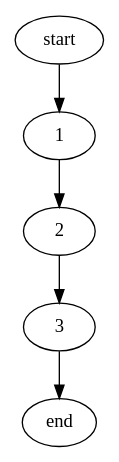
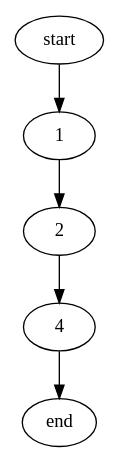
The diagram in sample.dot (betahikaru/graphviz-sample), drawn with Graphviz before and after one commit. The commit also changed 12 other files, not shown here.

```diff
--- a/sample.dot
+++ b/sample.dot
@@ -1,3 +1,3 @@
 digraph sample {
-  start -> 1 -> 2 -> 3 -> end;
+  start -> 1 -> 2 -> 4 -> end;
 }
```
